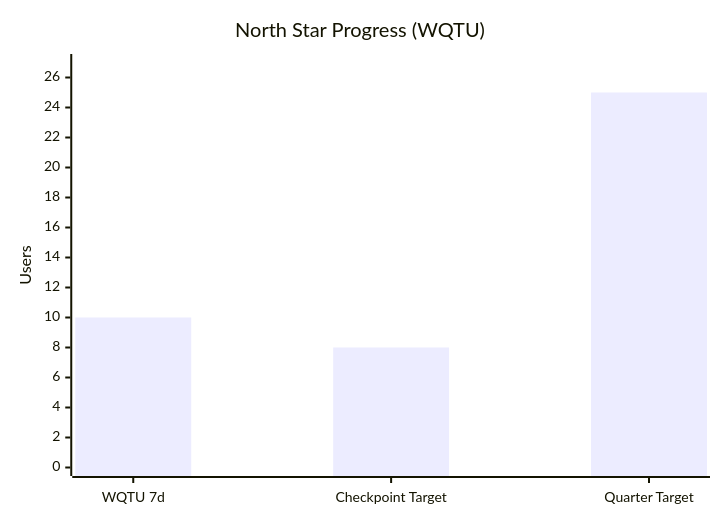
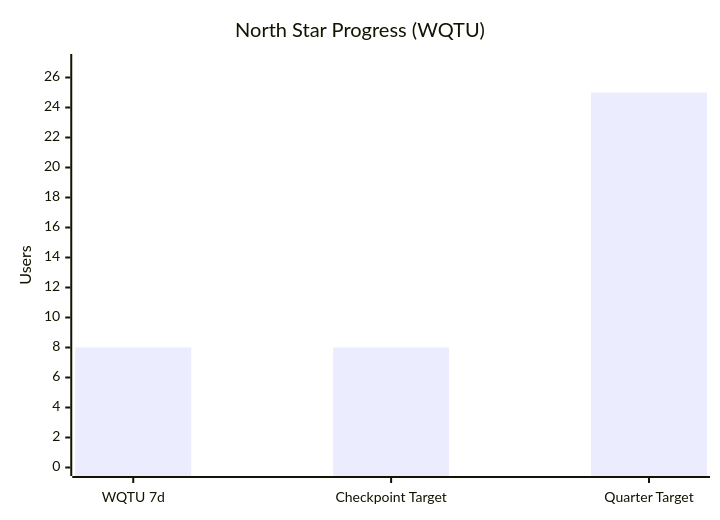
One commit to IgorGanapolsky/Random-Timer changed the second of 4 diagrams in wiki/Paid-Acquisition.md. Above: the diagram before and after it, drawn with Mermaid. The commit also changed other lines of this file and 10 other files, not shown here.

````diff
--- a/wiki/Paid-Acquisition.md
+++ b/wiki/Paid-Acquisition.md
@@ -50,7 +50,7 @@
 ```mermaid
 xychart-beta
     title "North Star Progress (WQTU)"
     x-axis ["WQTU 7d" , "Checkpoint Target" , "Quarter Target"]
     y-axis "Users" 0 --> 27
-    bar [10 , 8 , 25]
+    bar [8 , 8 , 25]
 ```
````
